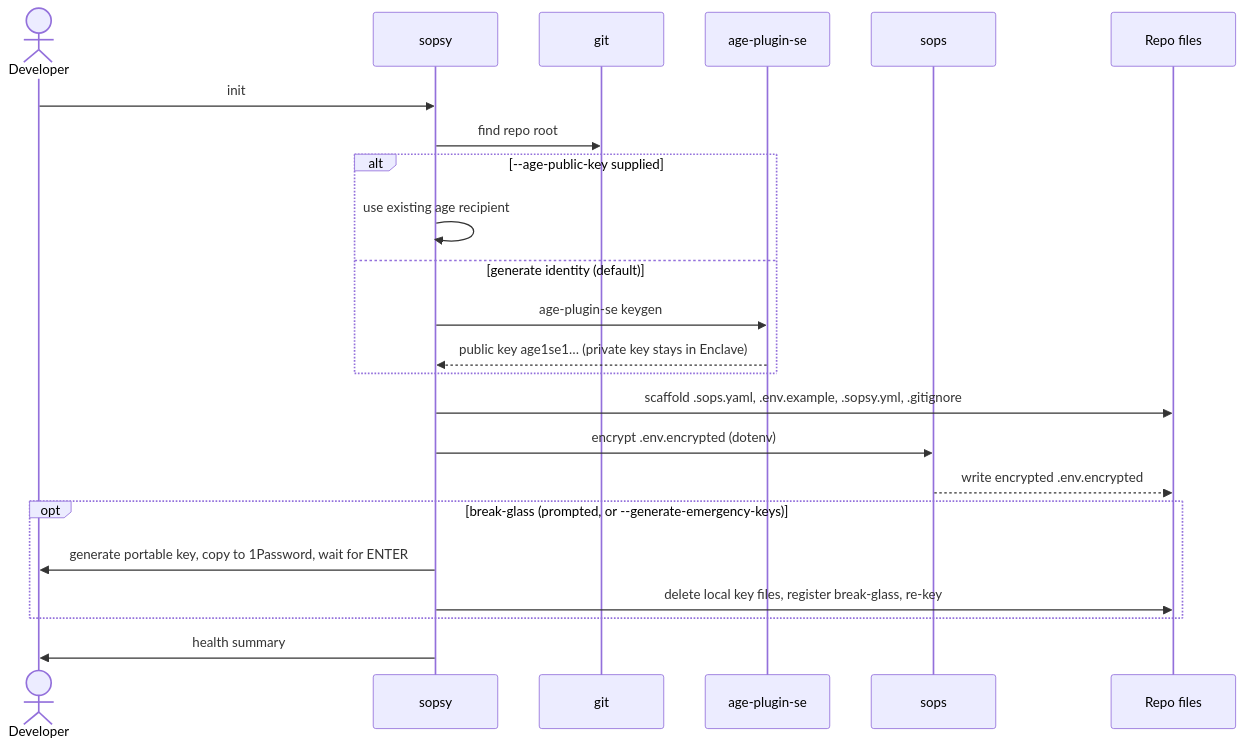
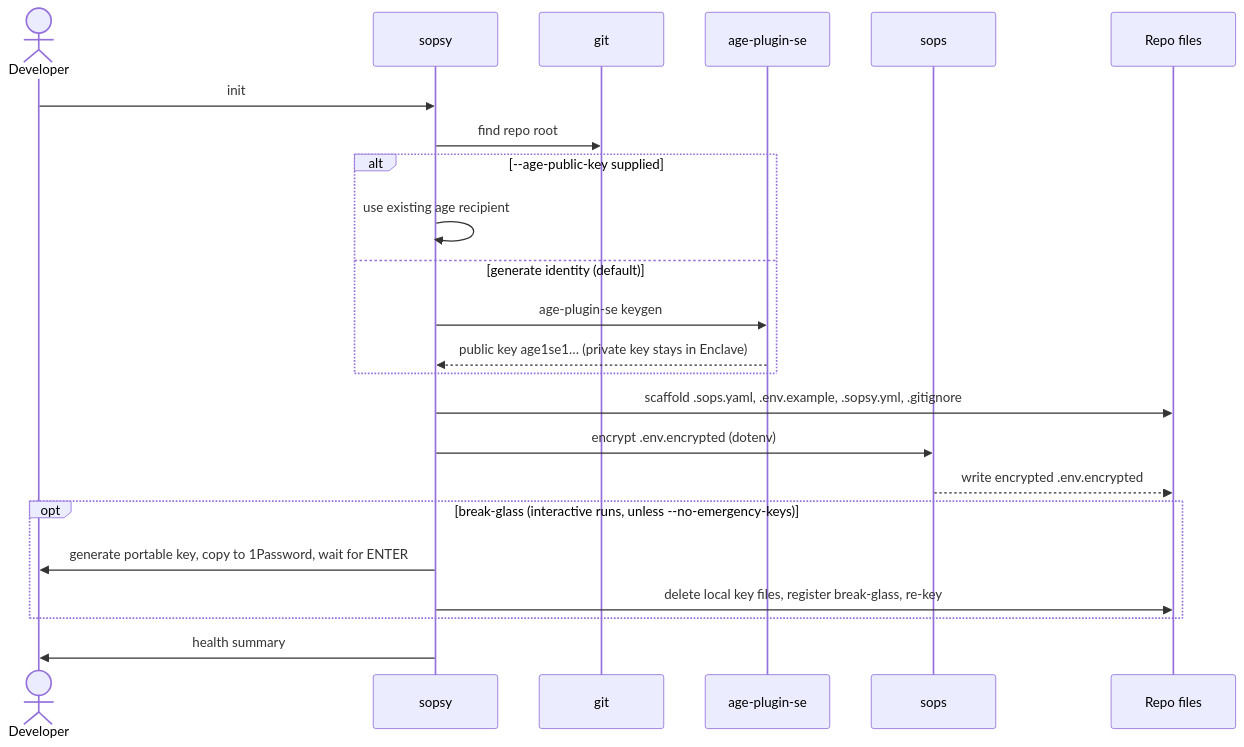
One commit to kigster/sopsy changed the diagram in docs/sopsy-sequence-01.mmd. Above: the diagram before and after it, drawn with Mermaid. The commit also changed 5 other files, not shown here.

```diff
--- a/docs/sopsy-sequence-01.mmd
+++ b/docs/sopsy-sequence-01.mmd
@@ -1,24 +1,24 @@
 sequenceDiagram
     actor Dev as Developer
     participant Sopsy as sopsy
     participant Git as git
     participant SE as age-plugin-se
     participant Sops as sops
     participant FS as Repo files
 
     Dev->>Sopsy: init
     Sopsy->>Git: find repo root
     alt --age-public-key supplied
         Sopsy->>Sopsy: use existing age recipient
     else generate identity (default)
         Sopsy->>SE: age-plugin-se keygen
         SE-->>Sopsy: public key age1se1… (private key stays in Enclave)
     end
     Sopsy->>FS: scaffold .sops.yaml, .env.example, .sopsy.yml, .gitignore
     Sopsy->>Sops: encrypt .env.encrypted (dotenv)
     Sops-->>FS: write encrypted .env.encrypted
-    opt break-glass (prompted, or --generate-emergency-keys)
+    opt break-glass (interactive runs, unless --no-emergency-keys)
         Sopsy->>Dev: generate portable key, copy to 1Password, wait for ENTER
         Sopsy->>FS: delete local key files, register break-glass, re-key
     end
     Sopsy->>Dev: health summary
```
